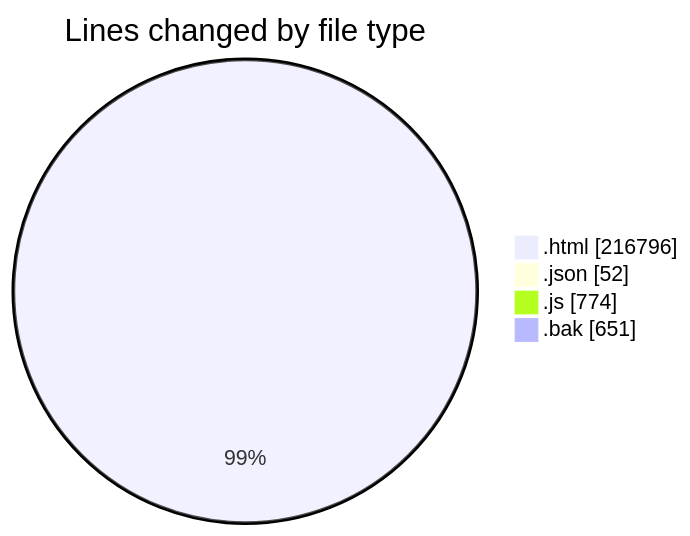
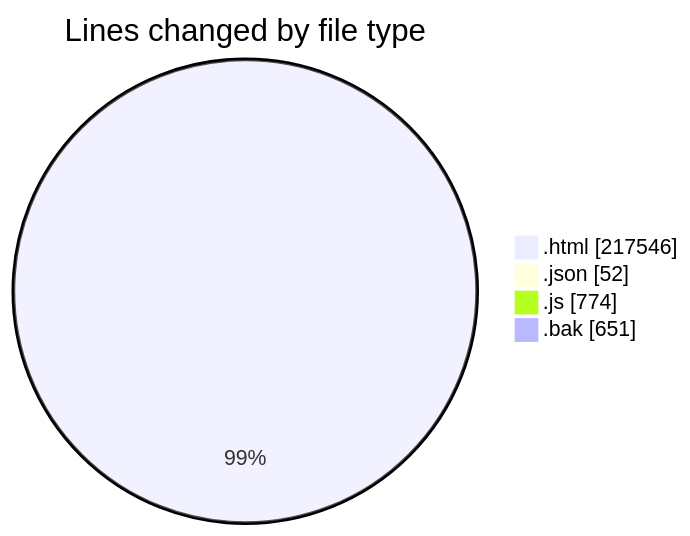
Before and after one commit to vahidmafi/code-tracking: the first of 2 diagrams in 2025-09-16/www/README.md, drawn with Mermaid. The commit also changed other lines of this file and 1 other file, not shown here.

````diff
--- a/2025-09-16/www/README.md
+++ b/2025-09-16/www/README.md
@@ -319,8 +319,8 @@
 ```mermaid
 pie showData
 title Lines changed by file type
-".html" : 216796
+".html" : 217546
 ".json" : 52
 ".js" : 774
 ".bak" : 651
 ```
````
